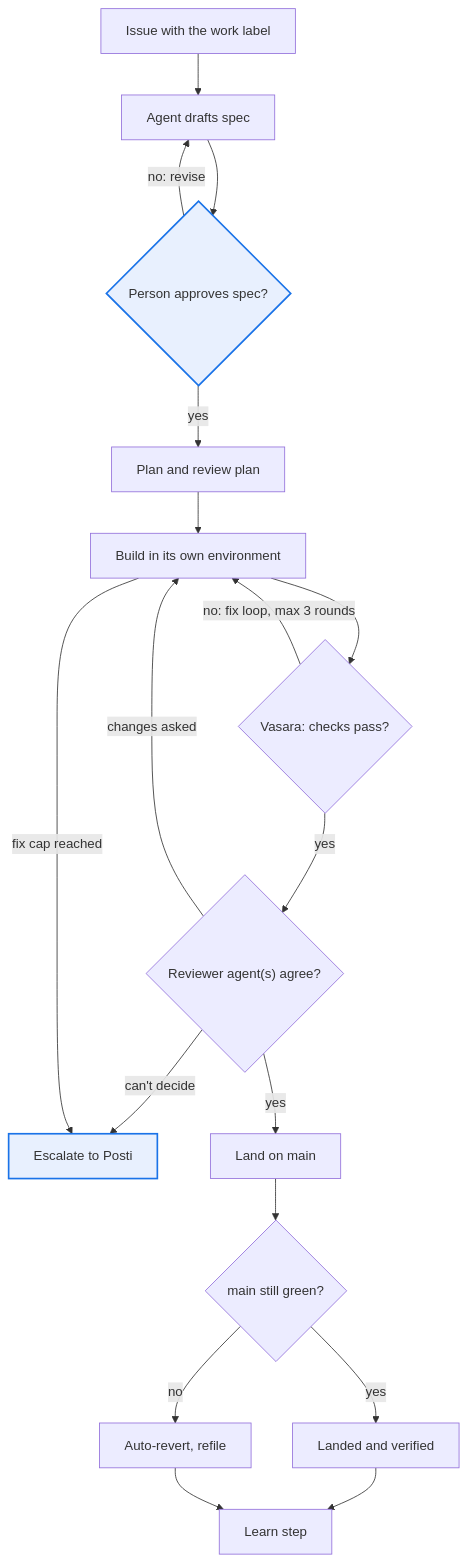
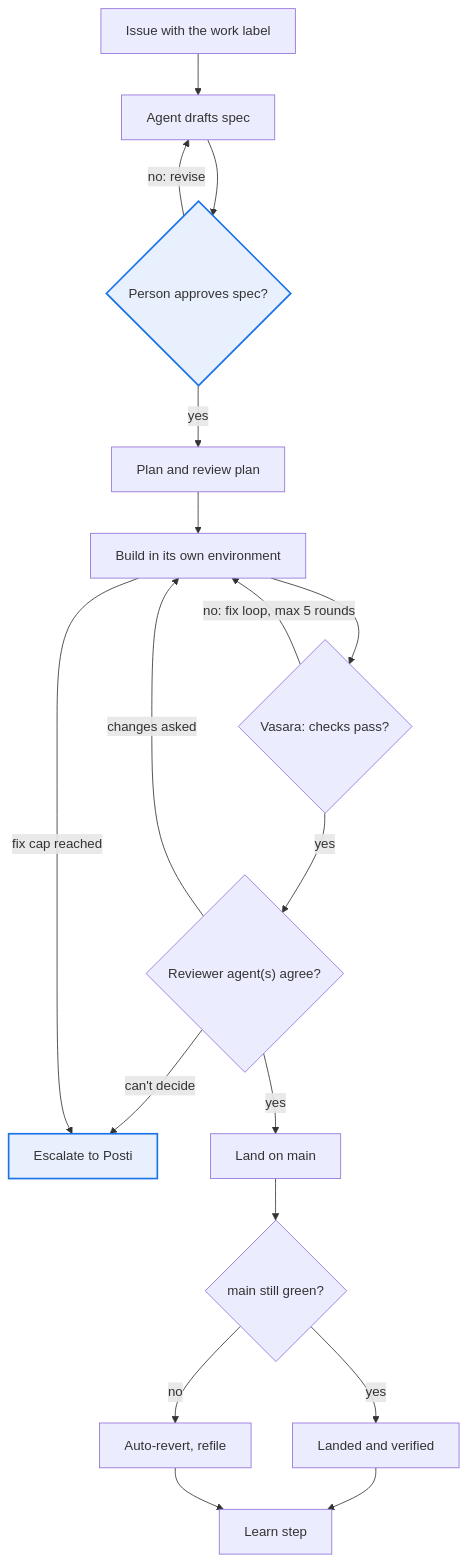
One commit to eppu-peltonen/paja changed the diagram in docs/design/workflow.md. Above: the diagram before and after it, drawn with Mermaid. The commit also changed other lines of this file and 11 other files, not shown here.

````diff
--- a/docs/design/workflow.md
+++ b/docs/design/workflow.md
@@ -7,23 +7,23 @@
 ```mermaid
 flowchart TB
     idea["Issue with the work label"] --> spec["Agent drafts spec"]
     spec --> approve{"Person approves spec?"}
     approve -- "no: revise" --> spec
     approve -- yes --> plan["Plan and review plan"]
     plan --> build["Build in its own environment"]
     build --> checks{"Vasara: checks pass?"}
-    checks -- "no: fix loop, max 3 rounds" --> build
+    checks -- "no: fix loop, max 5 rounds" --> build
     checks -- yes --> review{"Reviewer agent(s) agree?"}
     review -- "changes asked" --> build
     review -- "can't decide" --> posti["Escalate to Posti"]
     build -- "fix cap reached" --> posti
     review -- yes --> land["Land on main"]
     land --> green{"main still green?"}
     green -- yes --> done["Landed and verified"]
     green -- no --> revert["Auto-revert, refile"]
     done --> learn["Learn step"]
     revert --> learn
 
     classDef human fill:#e8f0fe,stroke:#1a73e8,stroke-width:2px
     class approve,posti human
 ```
````
